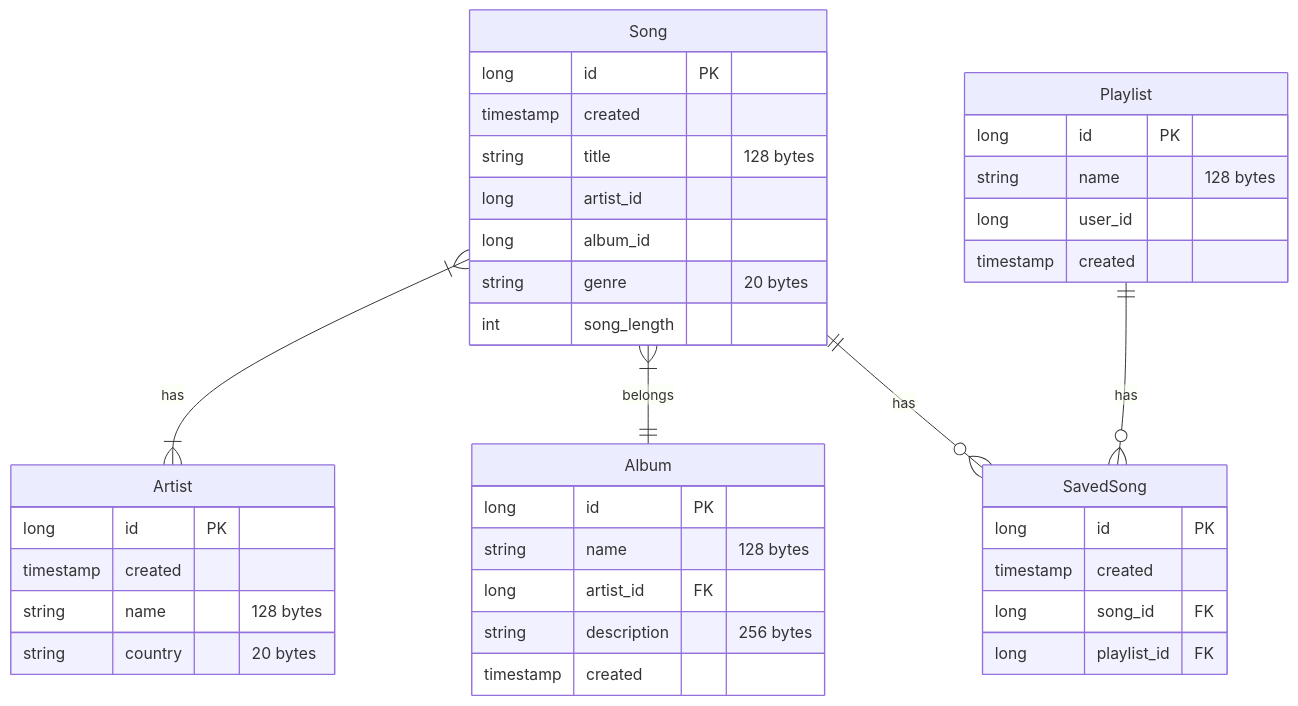
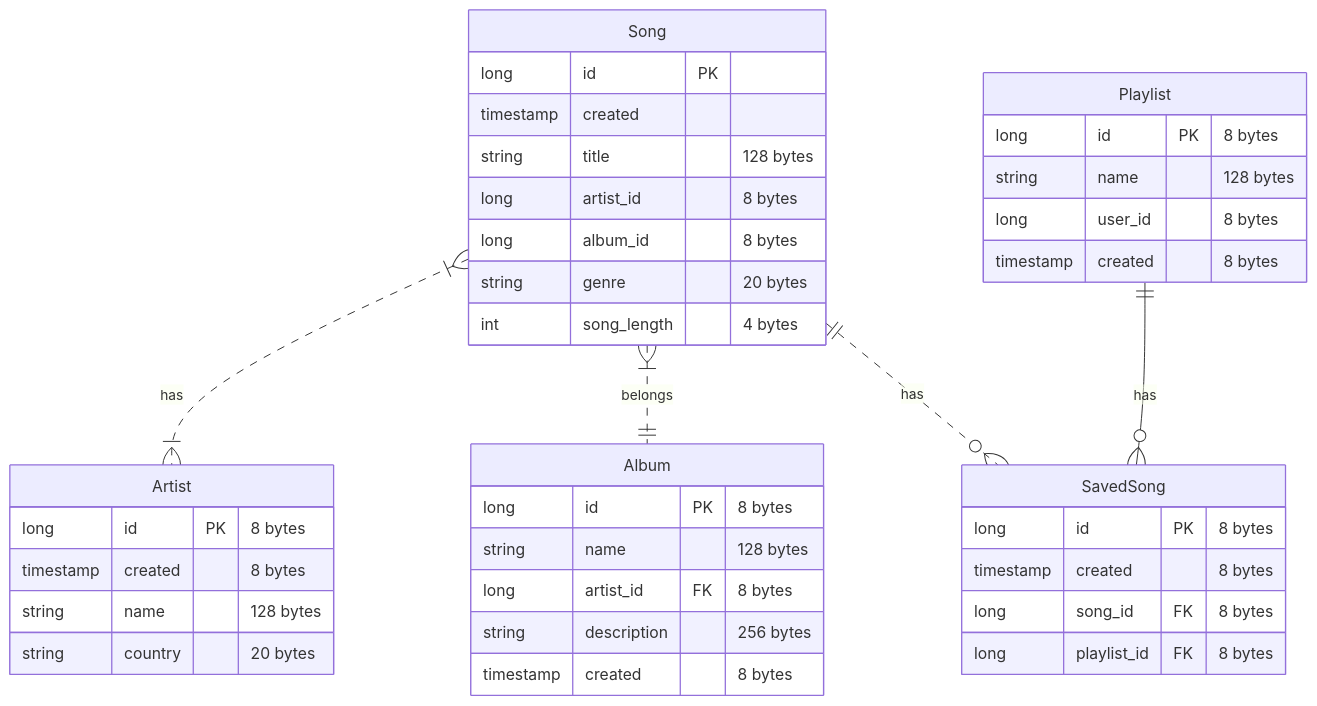
Before and after one commit to brpandey/leetcode-notes: the second of 2 diagrams in sys-design/hacking/concepts/databases.md, drawn with Mermaid. The commit also changed other lines of this file and 16 other files, not shown here.

Commit message:
Added schema data type sizes

````diff
--- a/sys-design/hacking/concepts/databases.md
+++ b/sys-design/hacking/concepts/databases.md
@@ -188,46 +203,46 @@
 ```mermaid
 erDiagram
-    Song }|--|{ Artist : has
-    Song }|--|| Album : belongs
-    Song ||--o{ SavedSong : has
+    Song }|..|{ Artist : has
+    Song }|..|| Album : belongs
+    Song ||..o{ SavedSong : has
     Playlist ||--o{ SavedSong : has
 
     Song {
         long id PK
         timestamp created
         string title "128 bytes"
-        long artist_id
-        long album_id
+        long artist_id "8 bytes"
+        long album_id "8 bytes"
         string genre "20 bytes"
-        int song_length
+        int song_length "4 bytes"
     }
     
     SavedSong {
-        long id PK
-        timestamp created
-        long song_id FK
-        long playlist_id FK
+        long id PK "8 bytes"
+        timestamp created "8 bytes"
+        long song_id FK "8 bytes"
+        long playlist_id FK "8 bytes"
     }
     
     Artist {
-        long id PK
-        timestamp created
+        long id PK "8 bytes"
+        timestamp created "8 bytes"
         string name "128 bytes"
         string country "20 bytes"
     }
 
     Album {
-        long id PK
+        long id PK "8 bytes"
         string name "128 bytes"
-        long artist_id FK
+        long artist_id FK "8 bytes"
         string description "256 bytes"
-        timestamp created
+        timestamp created "8 bytes"
     }
 
     Playlist {
-        long id PK
+        long id PK "8 bytes"
         string name "128 bytes"
-        long user_id
-        timestamp created
+        long user_id "8 bytes"
+        timestamp created "8 bytes"
     }
 ```
````
